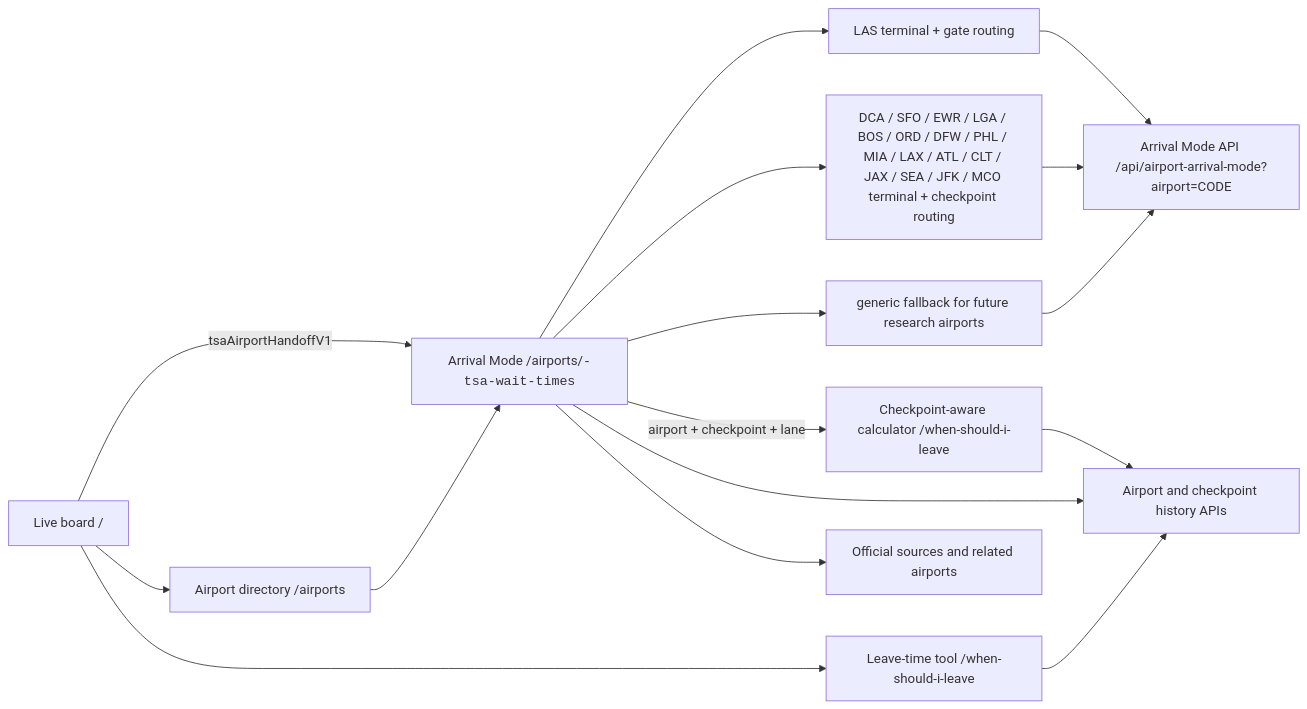
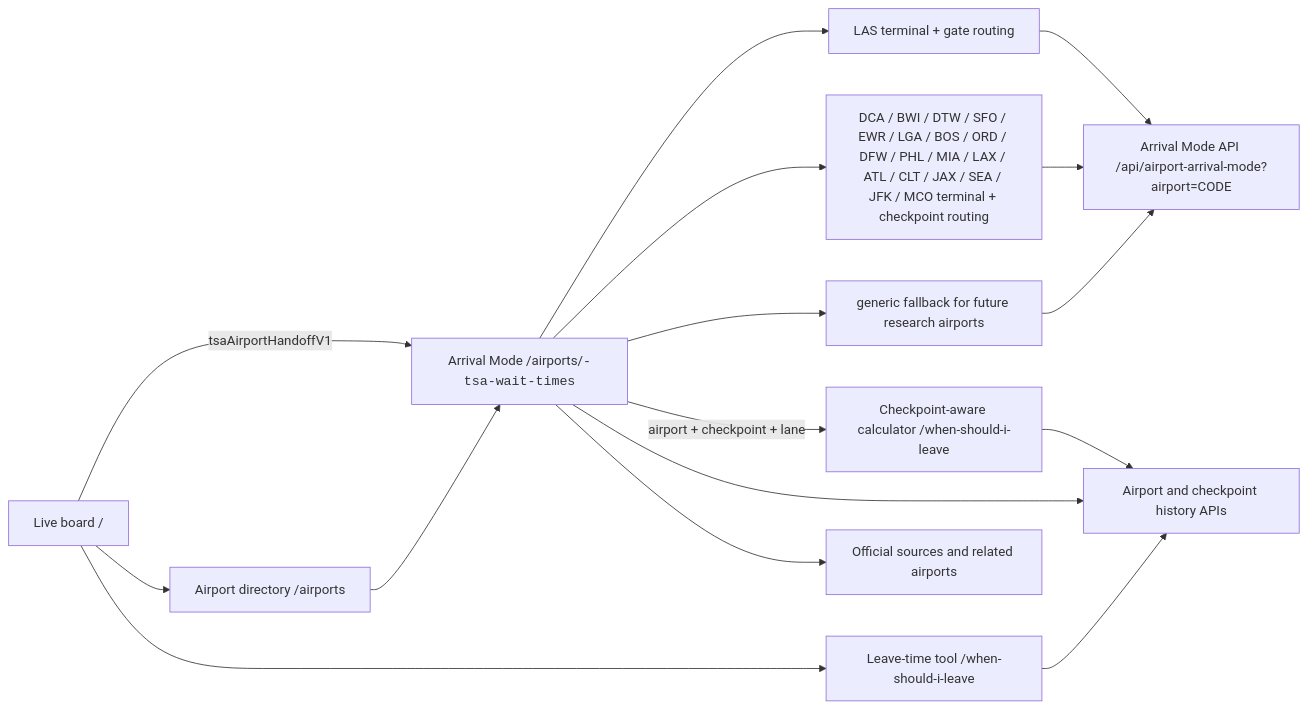
One commit to benbirkhahn/Tsatracker.com changed the diagram in docs/wayfinding-atlas-redesign.md. Above: the diagram before and after it, drawn with Mermaid. The commit also changed other lines of this file and 10 other files, not shown here.

Commit message:
Add BWI arrival mode support

````diff
--- a/docs/wayfinding-atlas-redesign.md
+++ b/docs/wayfinding-atlas-redesign.md
@@ -50,18 +50,18 @@
 ```mermaid
 flowchart LR
   Home["Live board /"] -->|"tsaAirportHandoffV1"| Arrival["Arrival Mode /airports/<code>-tsa-wait-times"]
   Home --> Directory["Airport directory /airports"]
   Home --> Calculator["Leave-time tool /when-should-i-leave"]
   Directory --> Arrival
   Arrival --> LAS["LAS terminal + gate routing"]
-  Arrival --> TerminalCheckpoint["DCA / SFO / EWR / LGA / BOS / ORD / DFW / PHL / MIA / LAX / ATL / CLT / JAX / SEA / JFK / MCO terminal + checkpoint routing"]
+  Arrival --> TerminalCheckpoint["DCA / BWI / DTW / SFO / EWR / LGA / BOS / ORD / DFW / PHL / MIA / LAX / ATL / CLT / JAX / SEA / JFK / MCO terminal + checkpoint routing"]
   Arrival --> Generic["generic fallback for future research airports"]
   LAS --> ArrivalAPI["Arrival Mode API /api/airport-arrival-mode?airport=CODE"]
   TerminalCheckpoint --> ArrivalAPI
   Generic --> ArrivalAPI
   Arrival -->|"airport + checkpoint + lane"| CheckpointCalculator["Checkpoint-aware calculator /when-should-i-leave"]
   CheckpointCalculator --> History["Airport and checkpoint history APIs"]
   Arrival --> History
   Calculator --> History
   Arrival --> Guides["Official sources and related airports"]
 ```
````
